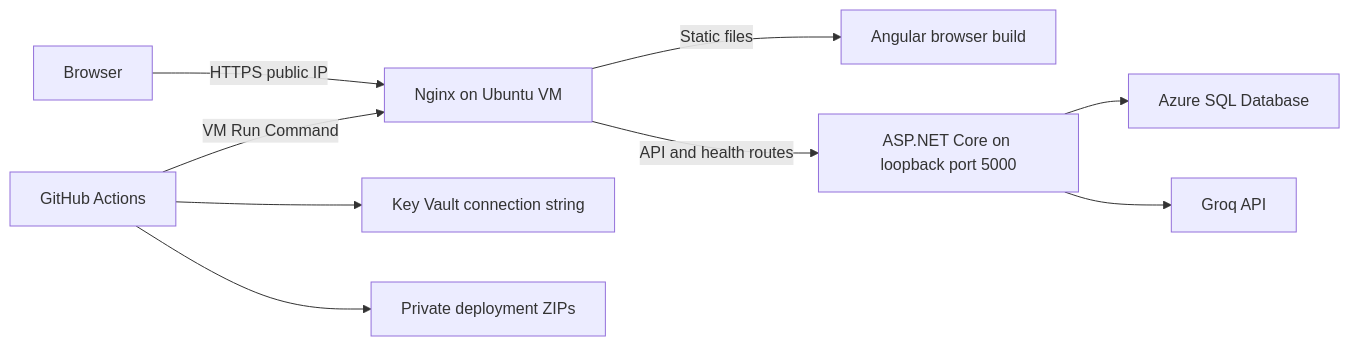
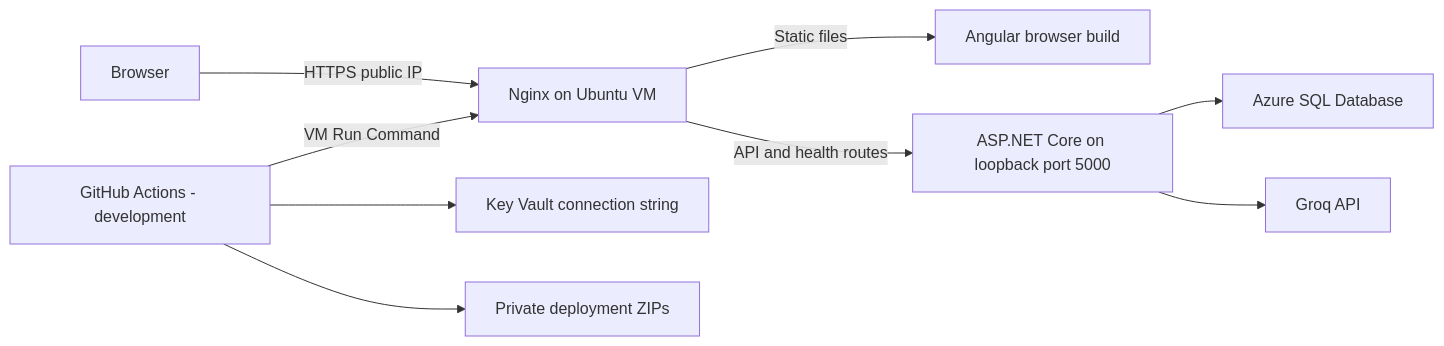
The first of 2 diagrams in README.md (tanvir14012/DatavancedBD.AspNetCore.SmartTaskManagementSystem), drawn with Mermaid before and after one commit. The commit also changed other lines of this file, not shown here.

Commit message:
docs: clarify GitHub Actions is development-only

````diff
--- a/README.md
+++ b/README.md
@@ -176,11 +177,11 @@
 ```mermaid
 flowchart LR
     Browser[Browser] -->|HTTPS public IP| Nginx[Nginx on Ubuntu VM]
     Nginx -->|Static files| Angular[Angular browser build]
     Nginx -->|API and health routes| API[ASP.NET Core on loopback port 5000]
     API --> SQL[Azure SQL Database]
     API --> Groq[Groq API]
-    Actions[GitHub Actions] --> Vault[Key Vault connection string]
+    Actions[GitHub Actions - development] --> Vault[Key Vault connection string]
     Actions --> Storage[Private deployment ZIPs]
     Actions -->|VM Run Command| Nginx
 ```
````
